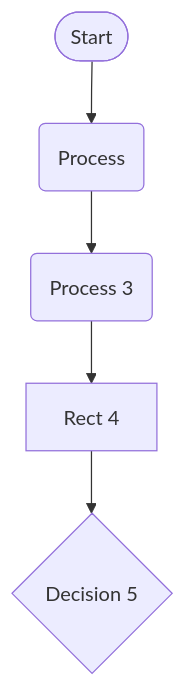
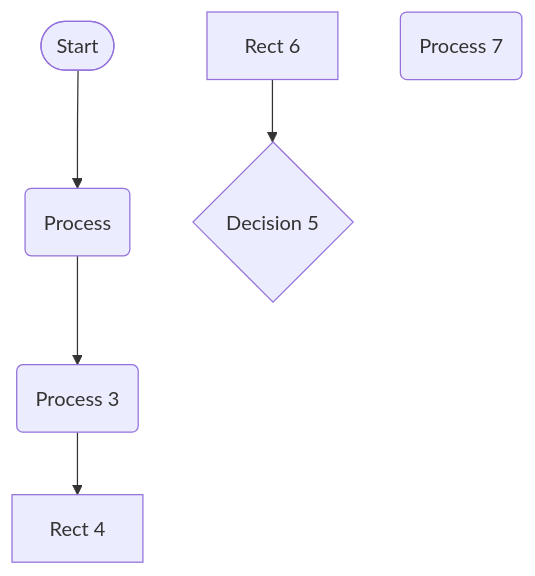
The diagram in mmd/流程图1_bce12562-173a-469d-af23-0a7174f9f99f.mmd (pingpm/mermaid_vault), drawn with Mermaid before and after one commit. The commit also changed 2 other files, not shown here.

Commit message:
Sync Mermaid Studio data (14 diagrams)

```diff
--- a/mmd/流程图1_bce12562-173a-469d-af23-0a7174f9f99f.mmd
+++ b/mmd/流程图1_bce12562-173a-469d-af23-0a7174f9f99f.mmd
@@ -1,10 +1,12 @@
 flowchart TD
   start(["Start"])
   1("Process")
   c6c59789-c1c6-4f40-b71e-37e621c2905e("Process 3")
   e555e08a-bfc9-47f3-9a7f-eaa219d94710["Rect 4"]
   d900c80b-cacd-4d95-b9a7-b296318b0ecc{"Decision 5"}
+  7067bdf7-3e3b-4577-b873-457d3b43d792["Rect 6"]
+  77dce497-5ba3-4212-b758-e5bf246f3329("Process 7")
   start --> 1
   1 --> c6c59789-c1c6-4f40-b71e-37e621c2905e
   c6c59789-c1c6-4f40-b71e-37e621c2905e --> e555e08a-bfc9-47f3-9a7f-eaa219d94710
-  e555e08a-bfc9-47f3-9a7f-eaa219d94710 --> d900c80b-cacd-4d95-b9a7-b296318b0ecc
+  7067bdf7-3e3b-4577-b873-457d3b43d792 --> d900c80b-cacd-4d95-b9a7-b296318b0ecc
```
